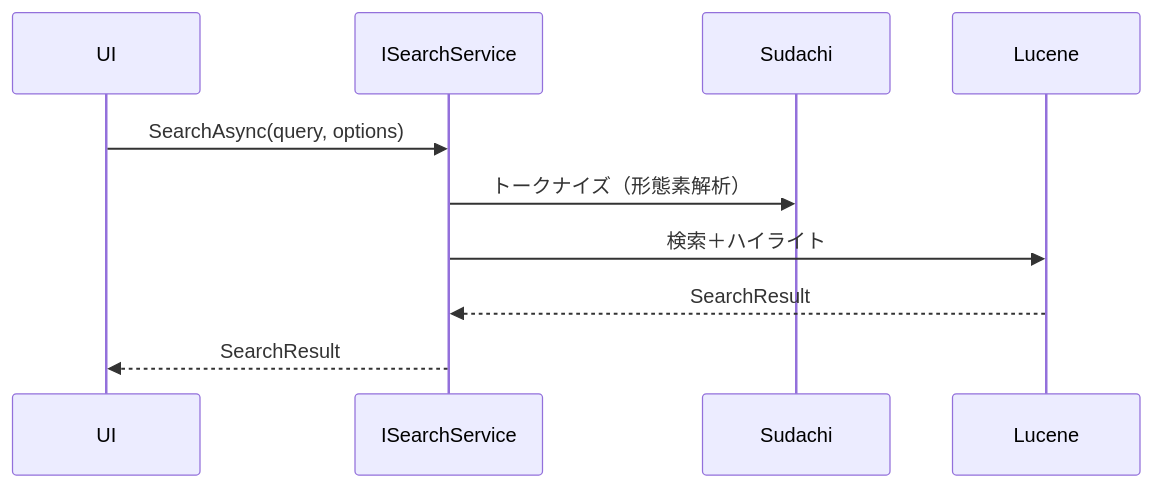
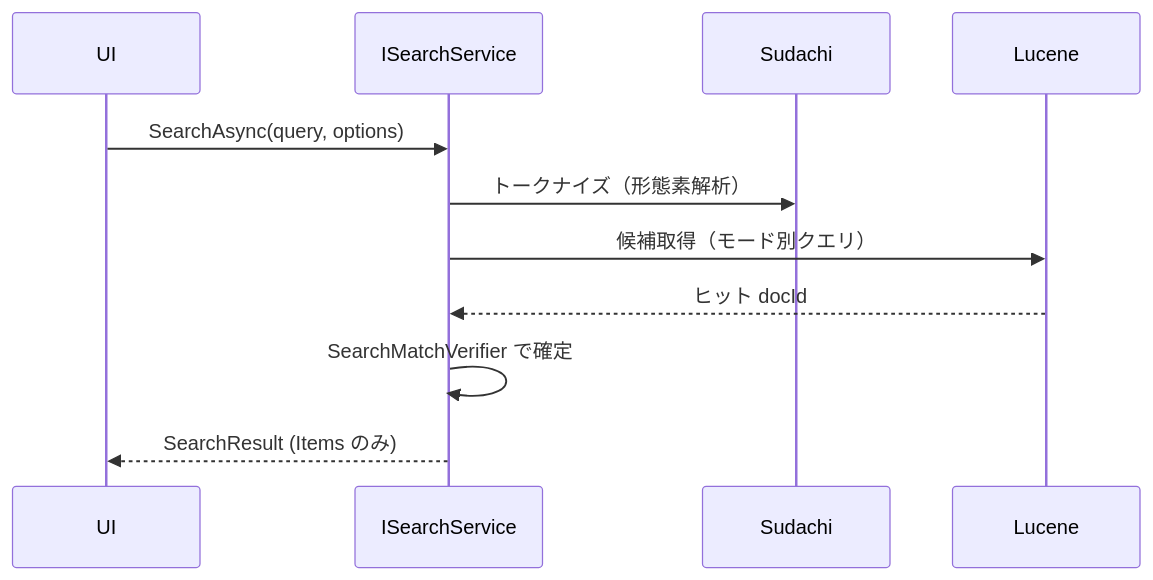
One commit to zndmonya-dot/FileSearchApp- changed the third of 4 diagrams in docs/詳細設計.md. Above: the diagram before and after it, drawn with Mermaid. The commit also changed other lines of this file and 15 other files, not shown here.

````diff
--- a/docs/詳細設計.md
+++ b/docs/詳細設計.md
@@ -228,12 +237,13 @@
 ```mermaid
 sequenceDiagram
   participant UI
   participant ISearch as ISearchService
   participant Sudachi
   participant Lucene
   UI->>ISearch: SearchAsync(query, options)
   ISearch->>Sudachi: トークナイズ（形態素解析）
-  ISearch->>Lucene: 検索＋ハイライト
-  Lucene-->>ISearch: SearchResult
-  ISearch-->>UI: SearchResult
+  ISearch->>Lucene: 候補取得（モード別クエリ）
+  Lucene-->>ISearch: ヒット docId
+  ISearch->>ISearch: SearchMatchVerifier で確定
+  ISearch-->>UI: SearchResult (Items のみ)
 ```
````
